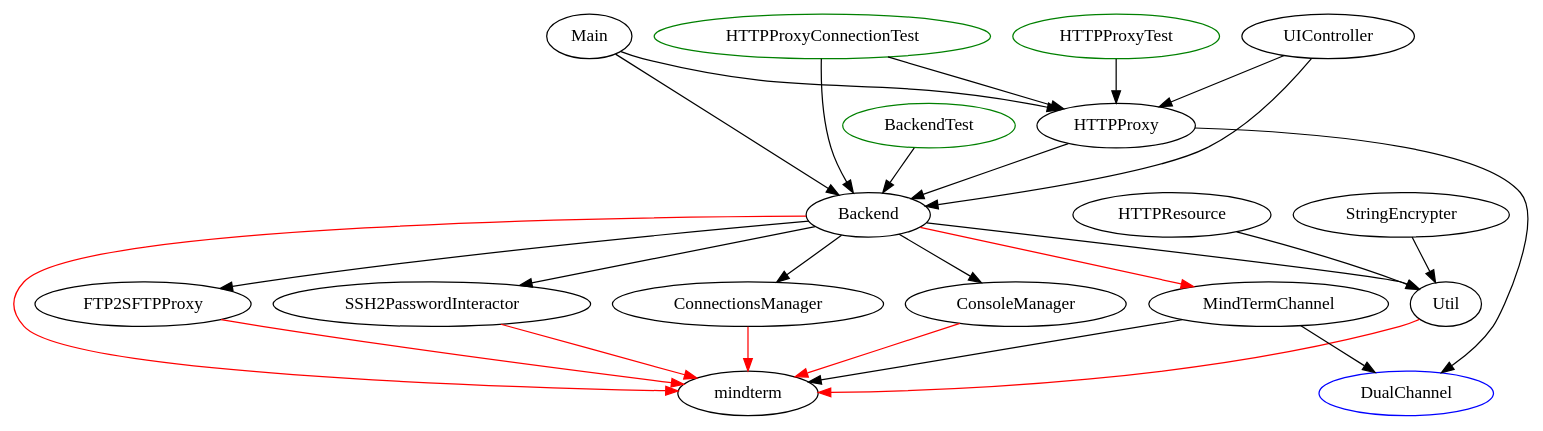
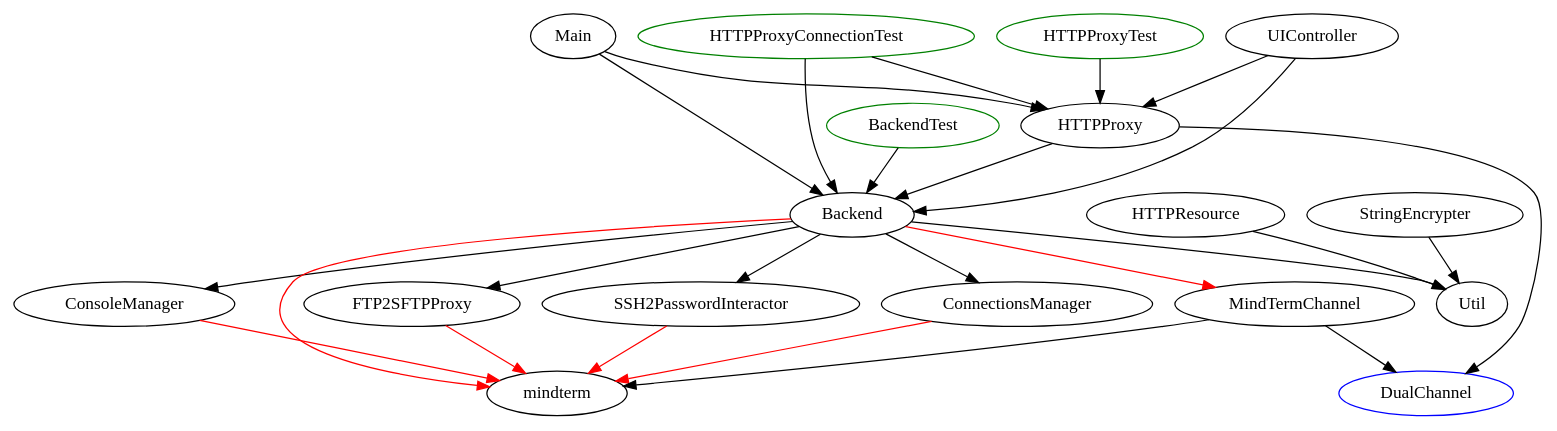
Before and after one commit to nauphone/ServerAccess: the diagram in doc/mindterm.dot, drawn with Graphviz. The commit also changed 2 other files, not shown here.

```diff
--- a/doc/mindterm.dot
+++ b/doc/mindterm.dot
@@ -1,47 +1,46 @@
 digraph g {
 
 // Test classes
 BackendTest [color="green"];
 HTTPProxyConnectionTest [color="green"];
 HTTPProxyTest [color="green"];
 
 // MindTerm dependencies
 ConsoleManager -> mindterm [color="red"];
 Backend -> mindterm [color="red"];
-Util -> mindterm [color="red"];
 FTP2SFTPProxy -> mindterm [color="red"];
 SSH2PasswordInteractor -> mindterm [color="red"];
 ConnectionsManager -> mindterm [color="red"];
 
 // New interfaces & dependencies
 DualChannel [color="blue"];
 MindTermChannel;
 
 MindTermChannel -> DualChannel;
 MindTermChannel -> mindterm;
 Backend -> MindTermChannel [color="red"];
 HTTPProxy -> DualChannel;
 
 // Class cross-dependencies
 
 Backend -> ConsoleManager;
 
 HTTPProxy -> Backend;
 Main -> Backend;
 UIController -> Backend;
 BackendTest -> Backend;
 HTTPProxyConnectionTest -> Backend;
 
 Backend -> Util;
 HTTPResource -> Util;
 StringEncrypter -> Util;
 
 Main -> HTTPProxy;
 UIController -> HTTPProxy;
 HTTPProxyConnectionTest -> HTTPProxy;
 HTTPProxyTest -> HTTPProxy;
 
 Backend -> FTP2SFTPProxy;
 Backend -> SSH2PasswordInteractor;
 Backend -> ConnectionsManager;
 }
```
